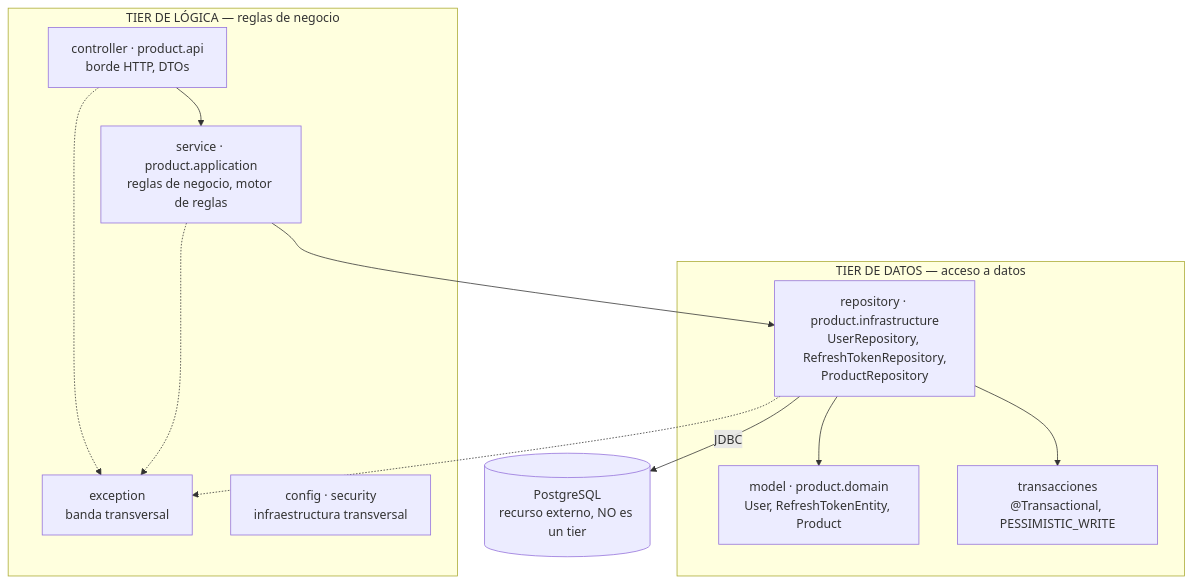
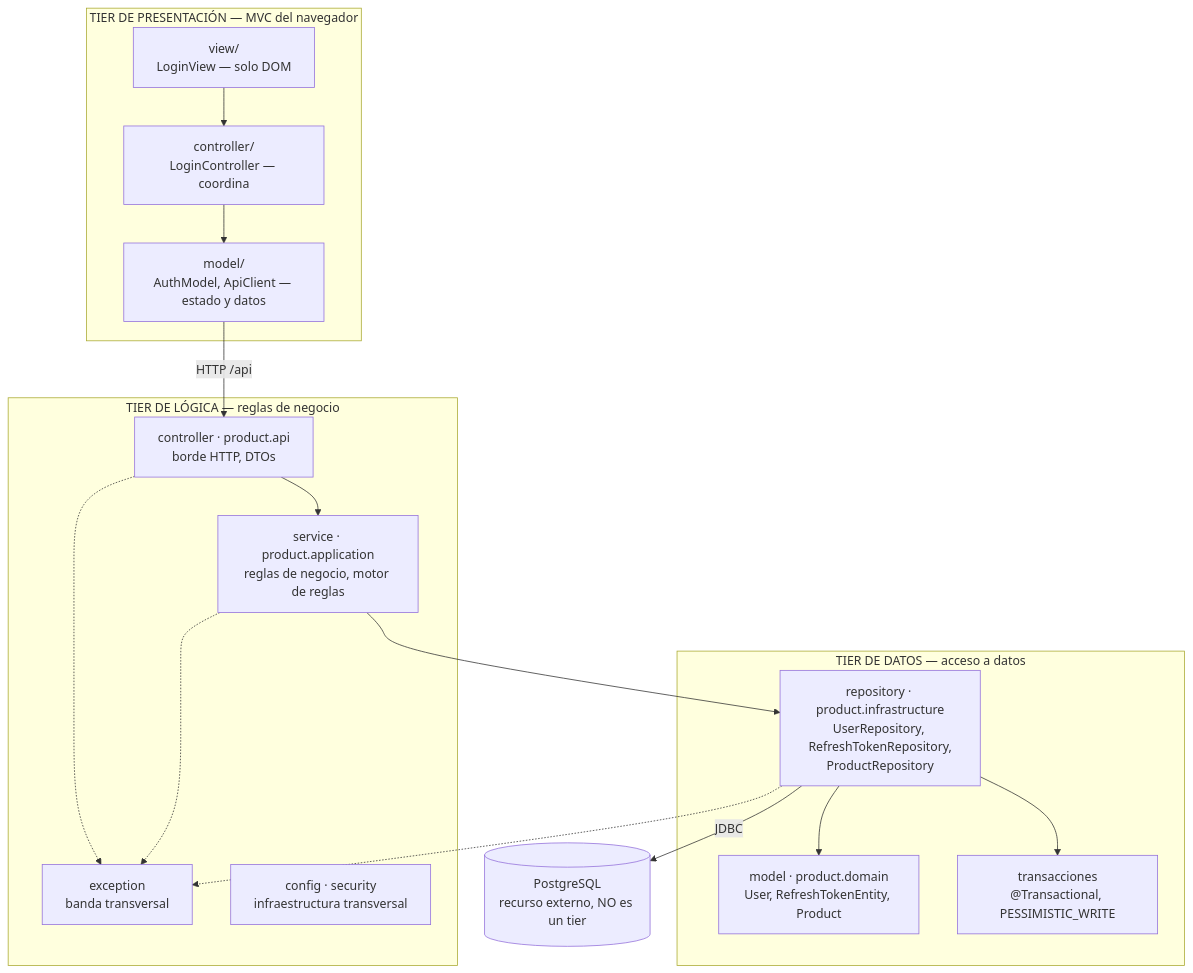
One commit to andreMD287/Taller1-ArquiSW changed the second of 8 diagrams in backend/docs/documentacion-arquitectura.md. Above: the diagram before and after it, drawn with Mermaid. The commit also changed other lines of this file and 4 other files, not shown here.

````diff
--- a/backend/docs/documentacion-arquitectura.md
+++ b/backend/docs/documentacion-arquitectura.md
@@ -321,23 +321,31 @@
 ```mermaid
 graph TD
+    subgraph tierP["TIER DE PRESENTACIÓN — MVC del navegador"]
+        V["view/<br/>LoginView — solo DOM"]
+        CT["controller/<br/>LoginController — coordina"]
+        MO["model/<br/>AuthModel, ApiClient — estado y datos"]
+    end
     subgraph tierL["TIER DE LÓGICA — reglas de negocio"]
         C["controller · product.api<br/>borde HTTP, DTOs"]
         S["service · product.application<br/>reglas de negocio, motor de reglas"]
         E["exception<br/>banda transversal"]
         CF["config · security<br/>infraestructura transversal"]
     end
     subgraph tierD["TIER DE DATOS — acceso a datos"]
         R["repository · product.infrastructure<br/>UserRepository, RefreshTokenRepository,<br/>ProductRepository"]
         M["model · product.domain<br/>User, RefreshTokenEntity, Product"]
         TX["transacciones<br/>@Transactional, PESSIMISTIC_WRITE"]
     end
     DB[("PostgreSQL<br/>recurso externo, NO es un tier")]
+    V --> CT
+    CT --> MO
+    MO -->|HTTP /api| C
     C --> S
     S --> R
     R --> M
     R --> TX
     R -->|JDBC| DB
     C -.-> E
     S -.-> E
     R -.-> E
 ```
````
